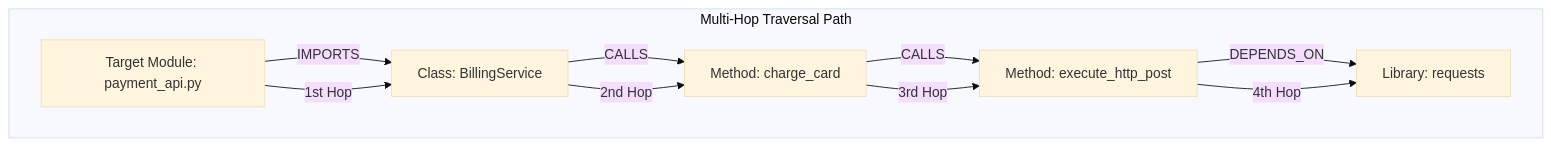
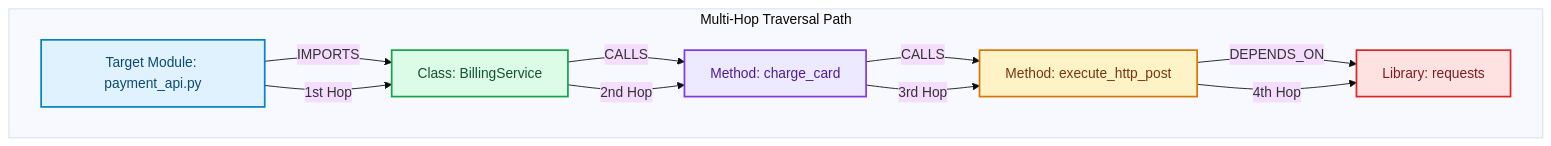
One commit to akmalkhaniub/akmalkhaniub.github.io changed the diagram in blog/posts/multi-hop-reasoning-graph-traversal-large-codebases.md. Above: the diagram before and after it, drawn with Mermaid (base theme). The commit also changed other lines of this file and 1291 other files, not shown here.

First line of the commit message:
feat(catalog): unique covers, scholarly references, and diagram palettes

````diff
--- a/blog/posts/multi-hop-reasoning-graph-traversal-large-codebases.md
+++ b/blog/posts/multi-hop-reasoning-graph-traversal-large-codebases.md
@@ -17,14 +17,25 @@
 ```mermaid
 flowchart TD
-  A[Target Module: payment_api.py] -->|IMPORTS| B[Class: BillingService]
-  B -->|CALLS| C[Method: charge_card]
-  C -->|CALLS| D[Method: execute_http_post]
-  D -->|DEPENDS_ON| E[Library: requests]
+  A["Target Module: payment_api.py"] -->|IMPORTS| B["Class: BillingService"]
+  B -->|CALLS| C["Method: charge_card"]
+  C -->|CALLS| D["Method: execute_http_post"]
+  D -->|DEPENDS_ON| E["Library: requests"]
   
   subgraph SG1_MultiHopTraversal ["Multi-Hop Traversal Path"]
     A -->|1st Hop| B
     B -->|2nd Hop| C
     C -->|3rd Hop| D
     D -->|4th Hop| E
   end
+
+classDef green fill:#dcfce7,stroke:#16a34a,stroke-width:2px,color:#14532d;
+classDef red fill:#fee2e2,stroke:#dc2626,stroke-width:2px,color:#7f1d1d;
+classDef blue fill:#e0f2fe,stroke:#0284c7,stroke-width:2px,color:#0c4a6e;
+classDef yellow fill:#fef3c7,stroke:#d97706,stroke-width:2px,color:#78350f;
+classDef purple fill:#ede9fe,stroke:#7c3aed,stroke-width:2px,color:#4c1d95;
+class A blue
+class B green
+class C purple
+class D yellow
+class E red
 ```
````
